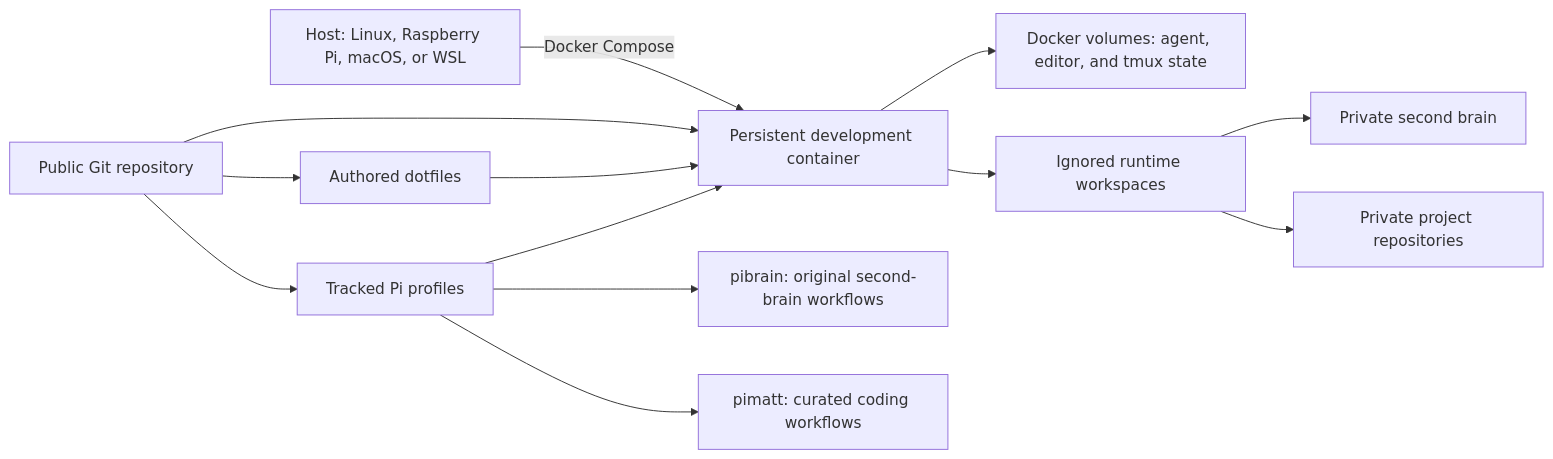
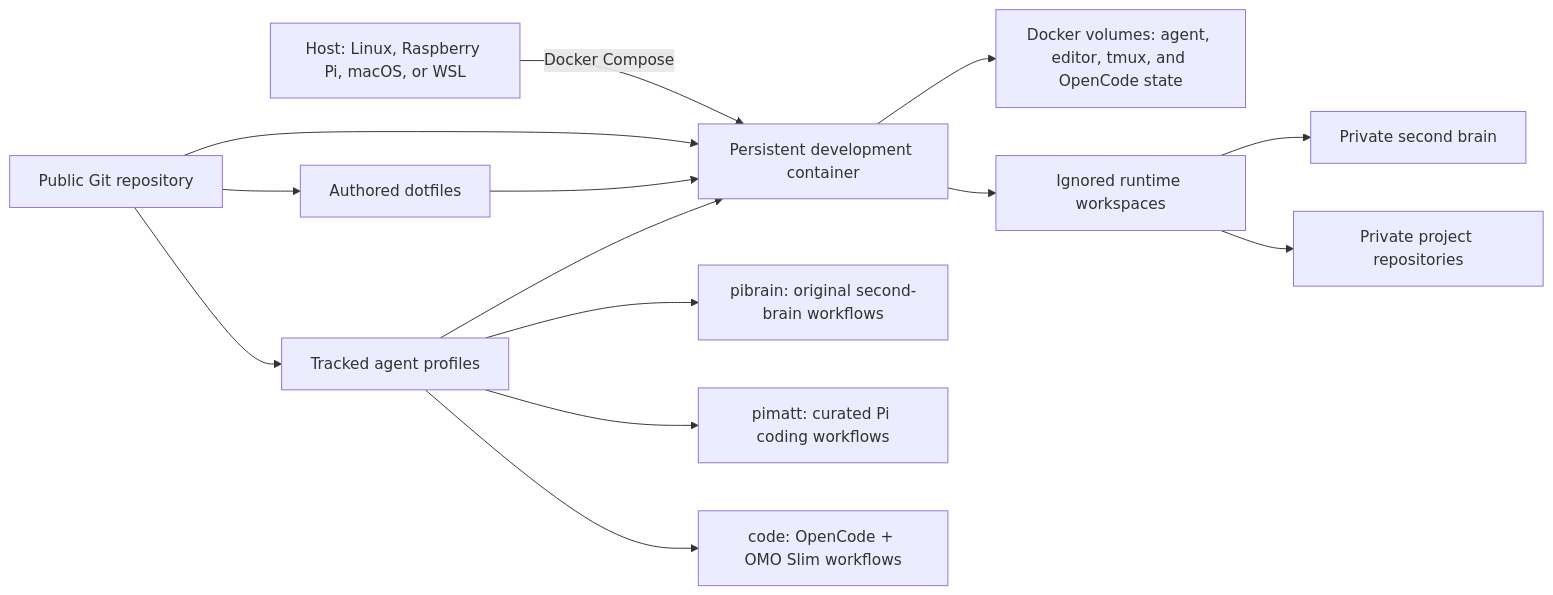
Before and after one commit to hanno-meister/pi_agent: the diagram in README.md, drawn with Mermaid. The commit also changed other lines of this file and 213 other files, not shown here.

First line of the commit message:
Add OpenCode integration and agent workflows (#7)

````diff
--- a/README.md
+++ b/README.md
@@ -59,19 +60,20 @@
 ```mermaid
 flowchart LR
     H["Host: Linux, Raspberry Pi, macOS, or WSL"] -->|"Docker Compose"| C["Persistent development container"]
 
     R["Public Git repository"] --> C
     R --> D["Authored dotfiles"]
-    R --> P["Tracked Pi profiles"]
+    R --> P["Tracked agent profiles"]
 
     D --> C
     P --> C
     P --> PB["pibrain: original second-brain workflows"]
-    P --> PM["pimatt: curated coding workflows"]
+    P --> PM["pimatt: curated Pi coding workflows"]
+    P --> PC["code: OpenCode + OMO Slim workflows"]
 
-    C --> V["Docker volumes: agent, editor, and tmux state"]
+    C --> V["Docker volumes: agent, editor, tmux, and OpenCode state"]
     C --> W["Ignored runtime workspaces"]
     W --> S["Private second brain"]
     W --> A["Private project repositories"]
 
 ```
````
